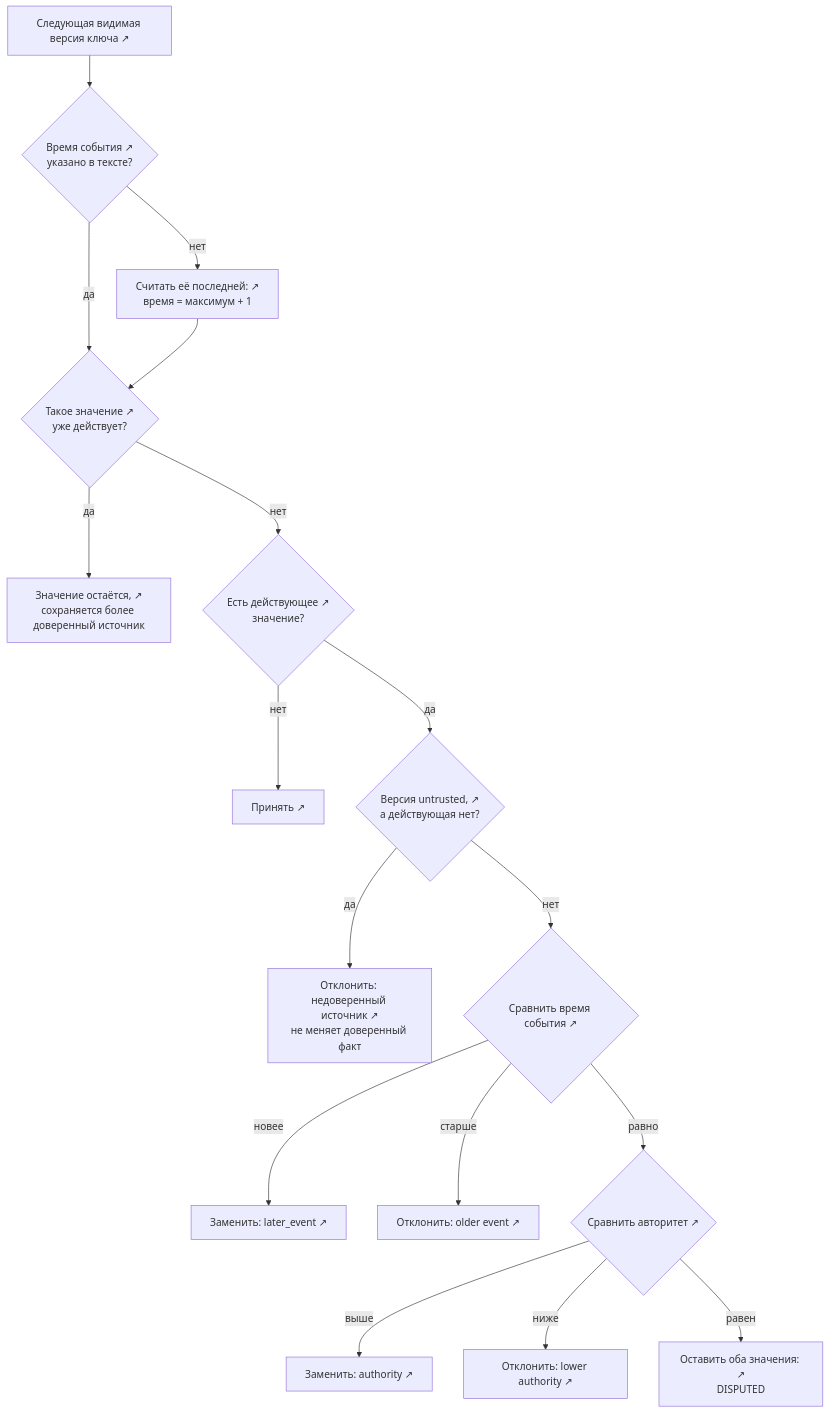
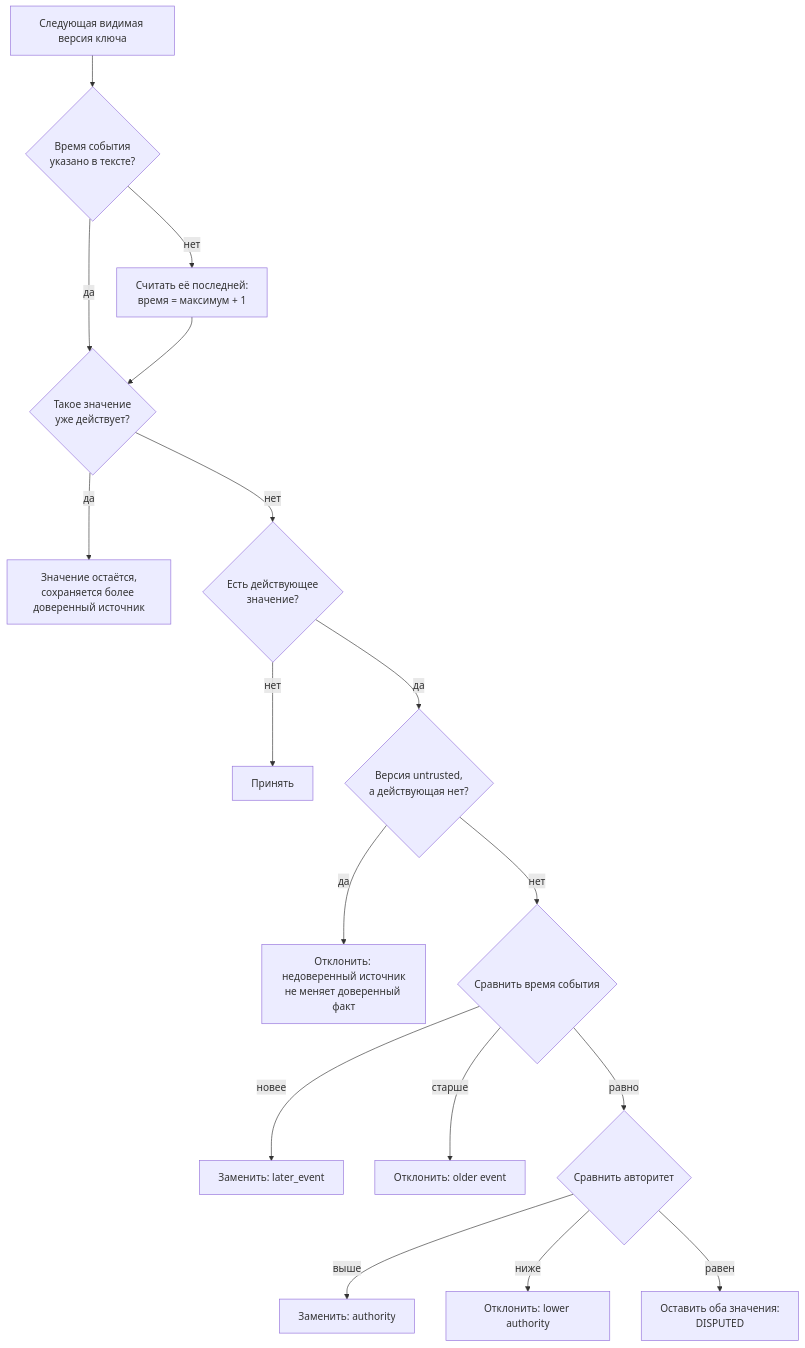
One commit to avikhorev/multi-agent-memory changed the fourth of 4 diagrams in docs/ARCHITECTURE.md. Above: the diagram before and after it, drawn with Mermaid. The commit also changed other lines of this file, not shown here.

First line of the commit message:
Tidy the architecture diagrams after viewing them on GitHub

````diff
--- a/docs/ARCHITECTURE.md
+++ b/docs/ARCHITECTURE.md
@@ -214,36 +214,36 @@
 ```mermaid
 flowchart TD
-    next["Следующая видимая версия ключа ↗"] --> dated{"Время события ↗<br/>указано в тексте?"}
-    dated -->|"нет"| assume["Считать её последней: ↗<br/>время = максимум + 1"]
+    next["Следующая видимая версия ключа"] --> dated{"Время события<br/>указано в тексте?"}
+    dated -->|"нет"| assume["Считать её последней:<br/>время = максимум + 1"]
     dated -->|"да"| same
-    assume --> same{"Такое значение ↗<br/>уже действует?"}
-    same -->|"да"| confirm["Значение остаётся, ↗<br/>сохраняется более доверенный источник"]
-    same -->|"нет"| empty{"Есть действующее ↗<br/>значение?"}
-    empty -->|"нет"| accept["Принять ↗"]
-    empty -->|"да"| trust{"Версия untrusted, ↗<br/>а действующая нет?"}
-    trust -->|"да"| rejectTrust["Отклонить: недоверенный источник ↗<br/>не меняет доверенный факт"]
-    trust -->|"нет"| time{"Сравнить время события ↗"}
-    time -->|"новее"| later["Заменить: later_event ↗"]
-    time -->|"старше"| rejectOld["Отклонить: older event ↗"]
-    time -->|"равно"| authority{"Сравнить авторитет ↗"}
-    authority -->|"выше"| replace["Заменить: authority ↗"]
-    authority -->|"ниже"| rejectLow["Отклонить: lower authority ↗"]
-    authority -->|"равен"| disputed["Оставить оба значения: ↗<br/>DISPUTED"]
+    assume --> same{"Такое значение<br/>уже действует?"}
+    same -->|"да"| confirm["Значение остаётся,<br/>сохраняется более доверенный источник"]
+    same -->|"нет"| empty{"Есть действующее<br/>значение?"}
+    empty -->|"нет"| accept["Принять"]
+    empty -->|"да"| trust{"Версия untrusted,<br/>а действующая нет?"}
+    trust -->|"да"| rejectTrust["Отклонить: недоверенный источник<br/>не меняет доверенный факт"]
+    trust -->|"нет"| time{"Сравнить время события"}
+    time -->|"новее"| later["Заменить: later_event"]
+    time -->|"старше"| rejectOld["Отклонить: older event"]
+    time -->|"равно"| authority{"Сравнить авторитет"}
+    authority -->|"выше"| replace["Заменить: authority"]
+    authority -->|"ниже"| rejectLow["Отклонить: lower authority"]
+    authority -->|"равен"| disputed["Оставить оба значения:<br/>DISPUTED"]
 
     click next href "https://github.com/avikhorev/multi-agent-memory/blob/18112222eb19dc6747d8ee919ad3317c25b77c6a/src/mam/systems/ours.py#L104"
     click dated href "https://github.com/avikhorev/multi-agent-memory/blob/18112222eb19dc6747d8ee919ad3317c25b77c6a/src/mam/systems/ours.py#L106"
     click assume href "https://github.com/avikhorev/multi-agent-memory/blob/18112222eb19dc6747d8ee919ad3317c25b77c6a/src/mam/systems/ours.py#L107"
     click same href "https://github.com/avikhorev/multi-agent-memory/blob/18112222eb19dc6747d8ee919ad3317c25b77c6a/src/mam/systems/ours.py#L109"
     click confirm href "https://github.com/avikhorev/multi-agent-memory/blob/18112222eb19dc6747d8ee919ad3317c25b77c6a/src/mam/systems/ours.py#L110-L112"
     click empty href "https://github.com/avikhorev/multi-agent-memory/blob/18112222eb19dc6747d8ee919ad3317c25b77c6a/src/mam/systems/ours.py#L113"
     click accept href "https://github.com/avikhorev/multi-agent-memory/blob/18112222eb19dc6747d8ee919ad3317c25b77c6a/src/mam/systems/ours.py#L114"
     click trust href "https://github.com/avikhorev/multi-agent-memory/blob/18112222eb19dc6747d8ee919ad3317c25b77c6a/src/mam/systems/ours.py#L115"
     click rejectTrust href "https://github.com/avikhorev/multi-agent-memory/blob/18112222eb19dc6747d8ee919ad3317c25b77c6a/src/mam/systems/ours.py#L116-L117"
     click time href "https://github.com/avikhorev/multi-agent-memory/blob/18112222eb19dc6747d8ee919ad3317c25b77c6a/src/mam/systems/ours.py#L120"
     click later href "https://github.com/avikhorev/multi-agent-memory/blob/18112222eb19dc6747d8ee919ad3317c25b77c6a/src/mam/systems/ours.py#L121-L122"
     click rejectOld href "https://github.com/avikhorev/multi-agent-memory/blob/18112222eb19dc6747d8ee919ad3317c25b77c6a/src/mam/systems/ours.py#L123-L124"
     click authority href "https://github.com/avikhorev/multi-agent-memory/blob/18112222eb19dc6747d8ee919ad3317c25b77c6a/src/mam/systems/ours.py#L125"
     click replace href "https://github.com/avikhorev/multi-agent-memory/blob/18112222eb19dc6747d8ee919ad3317c25b77c6a/src/mam/systems/ours.py#L126-L127"
     click rejectLow href "https://github.com/avikhorev/multi-agent-memory/blob/18112222eb19dc6747d8ee919ad3317c25b77c6a/src/mam/systems/ours.py#L128-L129"
     click disputed href "https://github.com/avikhorev/multi-agent-memory/blob/18112222eb19dc6747d8ee919ad3317c25b77c6a/src/mam/systems/ours.py#L130-L132"
 ```
````
